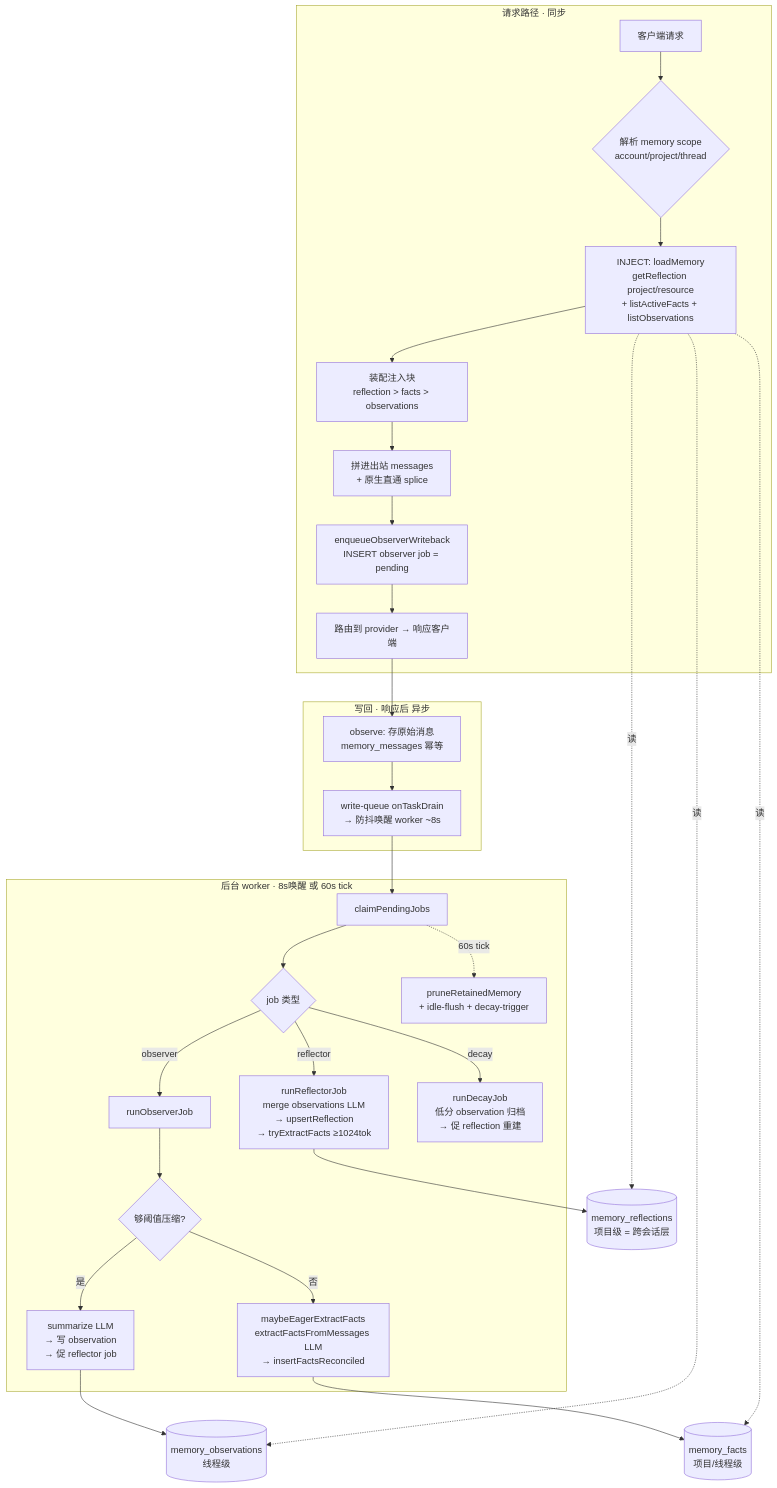
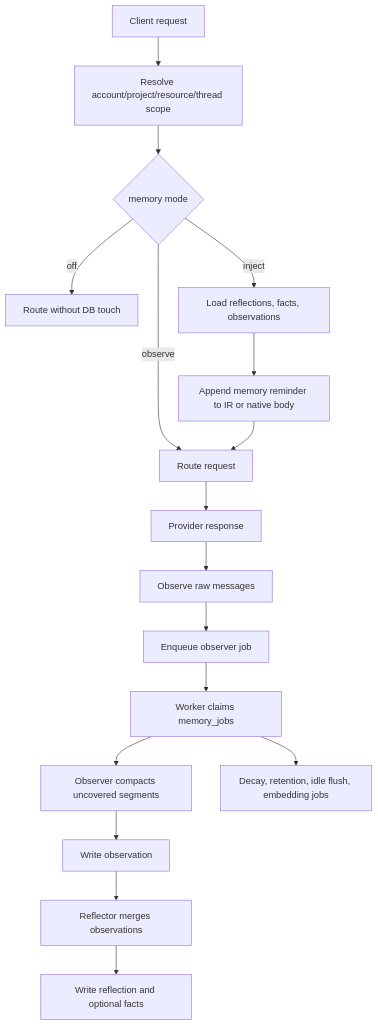
One commit to EasyMetaAu/helm-api changed the diagram in docs/memory-review-2026-06-20.md. Above: the diagram before and after it, drawn with Mermaid. The commit also changed other lines of this file and 19 other files, not shown here.

````diff
--- a/docs/memory-review-2026-06-20.md
+++ b/docs/memory-review-2026-06-20.md
@@ -47,33 +36,19 @@
 ```mermaid
 flowchart TD
-  subgraph REQ[请求路径 · 同步]
-    A[客户端请求] --> B{解析 memory scope<br/>account/project/thread}
-    B --> C[INJECT: loadMemory<br/>getReflection project/resource<br/>+ listActiveFacts + listObservations]
-    C --> D[装配注入块<br/>reflection &gt; facts &gt; observations]
-    D --> E[拼进出站 messages<br/>+ 原生直通 splice]
-    E --> F[enqueueObserverWriteback<br/>INSERT observer job = pending]
-    F --> G[路由到 provider → 响应客户端]
-  end
-
-  subgraph OBSV[写回 · 响应后 异步]
-    G --> H[observe: 存原始消息<br/>memory_messages 幂等]
-    H --> I[write-queue onTaskDrain<br/>→ 防抖唤醒 worker ~8s]
-  end
-
-  subgraph WORKER[后台 worker · 8s唤醒 或 60s tick]
-    I --> J[claimPendingJobs]
-    J --> K{job 类型}
-    K -->|observer| L[runObserverJob]
-    L --> M{够阈值压缩?}
-    M -->|是| N[summarize LLM<br/>→ 写 observation<br/>→ 促 reflector job]
-    M -->|否| O[maybeEagerExtractFacts<br/>extractFactsFromMessages LLM<br/>→ insertFactsReconciled]
-    K -->|reflector| P[runReflectorJob<br/>merge observations LLM<br/>→ upsertReflection<br/>→ tryExtractFacts ≥1024tok]
-    K -->|decay| Q[runDecayJob<br/>低分 observation 归档<br/>→ 促 reflection 重建]
-    J -.60s tick.-> R[pruneRetainedMemory<br/>+ idle-flush + decay-trigger]
-  end
-
-  N --> S[(memory_observations<br/>线程级)]
-  O --> T[(memory_facts<br/>项目/线程级)]
-  P --> U[(memory_reflections<br/>项目级 = 跨会话层)]
-  C -.读.-> S & T & U
+  A[Client request] --> B[Resolve account/project/resource/thread scope]
+  B --> C{memory mode}
+  C -->|off| R[Route without DB touch]
+  C -->|observe| D[Route request]
+  C -->|inject| E[Load reflections, facts, observations]
+  E --> F[Append memory reminder to IR or native body]
+  F --> D
+  D --> G[Provider response]
+  G --> H[Observe raw messages]
+  H --> I[Enqueue observer job]
+  I --> J[Worker claims memory_jobs]
+  J --> K[Observer compacts uncovered segments]
+  K --> L[Write observation]
+  L --> M[Reflector merges observations]
+  M --> N[Write reflection and optional facts]
+  J --> O[Decay, retention, idle flush, embedding jobs]
 ```
````
